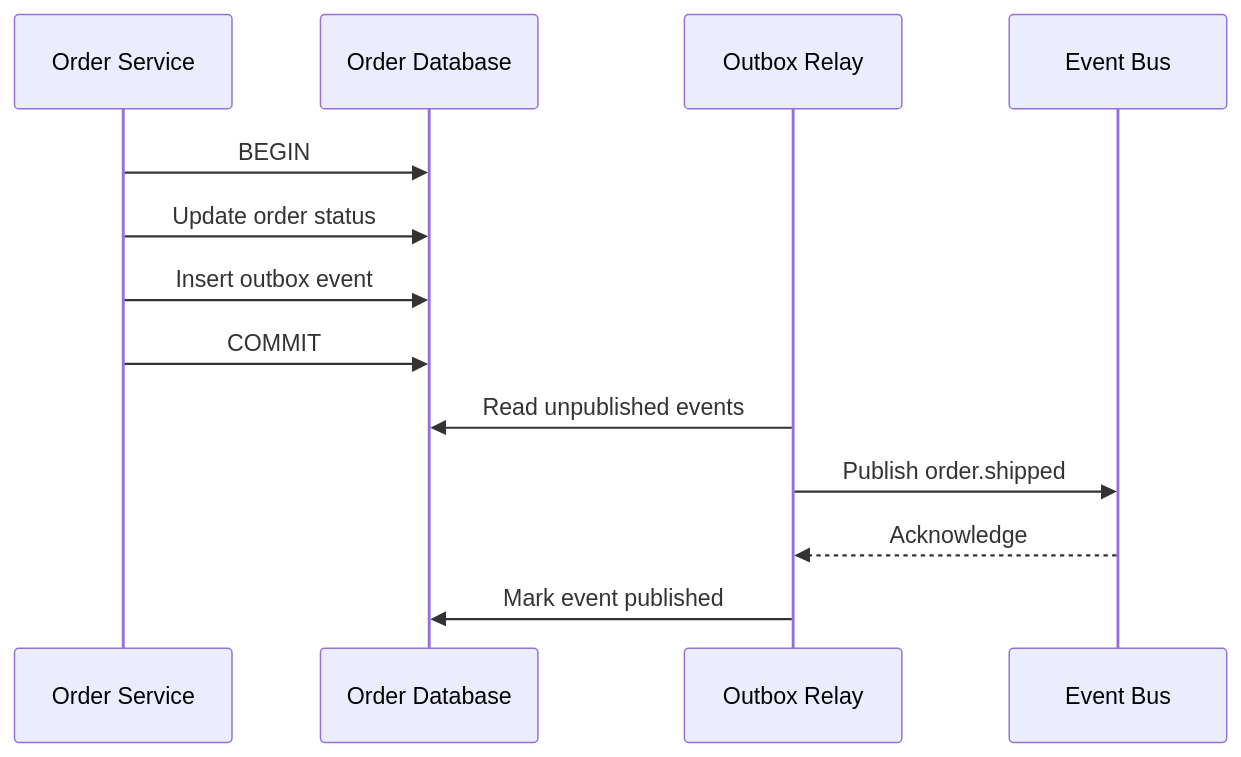
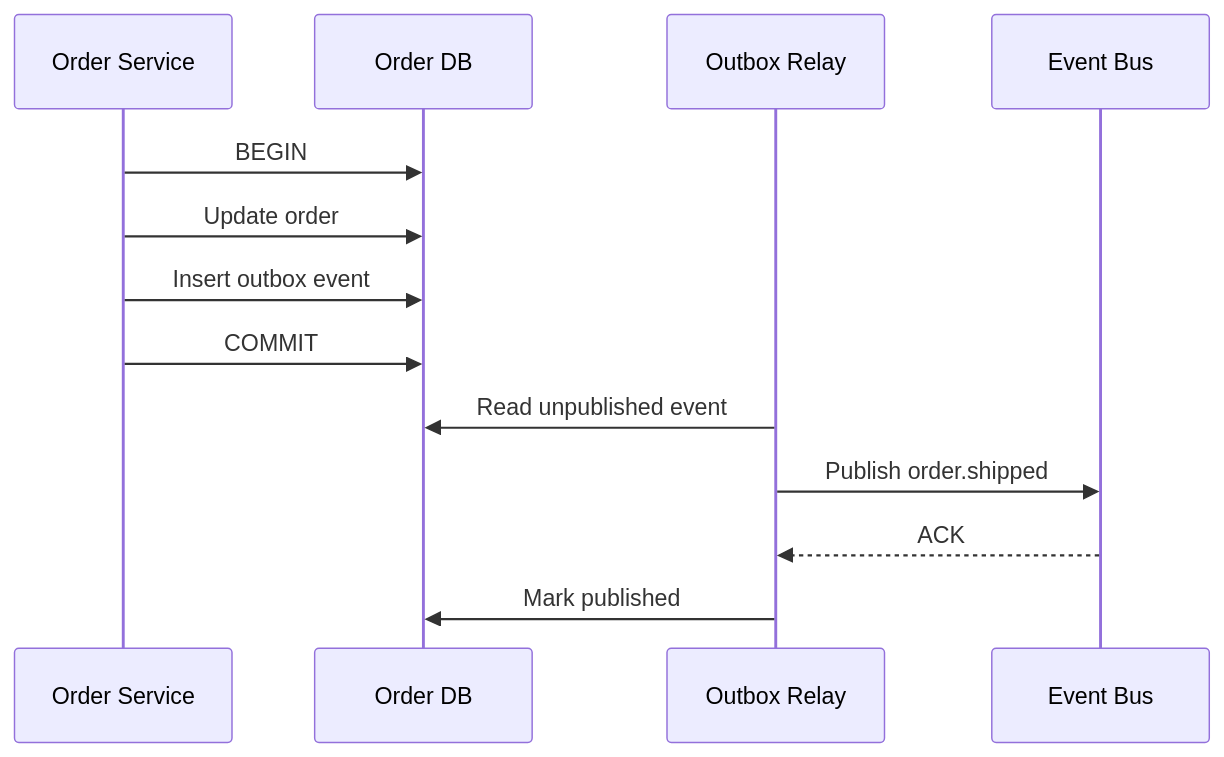
The fifth of 10 diagrams in src/content/system-design/notification-system.md (AvadhBhalodiya/Interview-Preparation), drawn with Mermaid before and after one commit. The commit also changed other lines of this file and 54 other files, not shown here.

````diff
--- a/src/content/system-design/notification-system.md
+++ b/src/content/system-design/notification-system.md
@@ -849,16 +549,17 @@
 ```mermaid
 sequenceDiagram
     participant O as Order Service
-    participant DB as Order Database
+    participant DB as Order DB
     participant R as Outbox Relay
     participant B as Event Bus
 
     O->>DB: BEGIN
-    O->>DB: Update order status
+    O->>DB: Update order
     O->>DB: Insert outbox event
     O->>DB: COMMIT
-    R->>DB: Read unpublished events
+
+    R->>DB: Read unpublished event
     R->>B: Publish order.shipped
-    B-->>R: Acknowledge
-    R->>DB: Mark event published
+    B-->>R: ACK
+    R->>DB: Mark published
 ```
````
